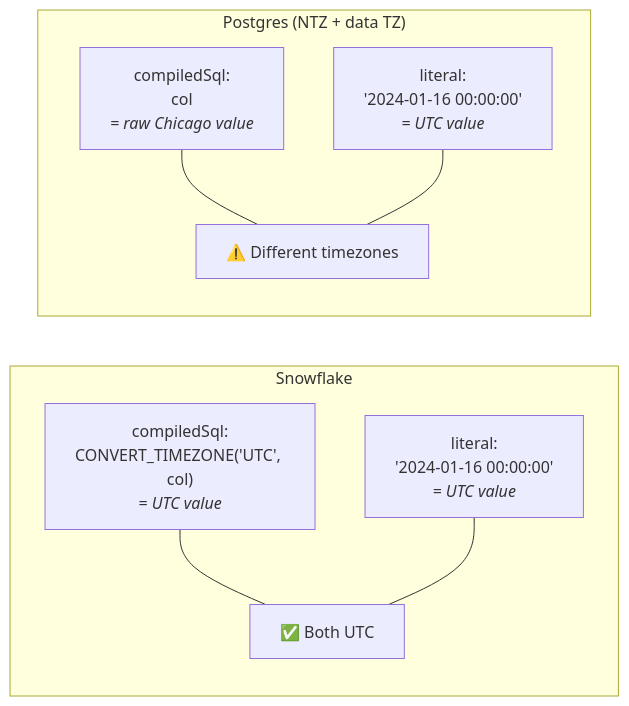
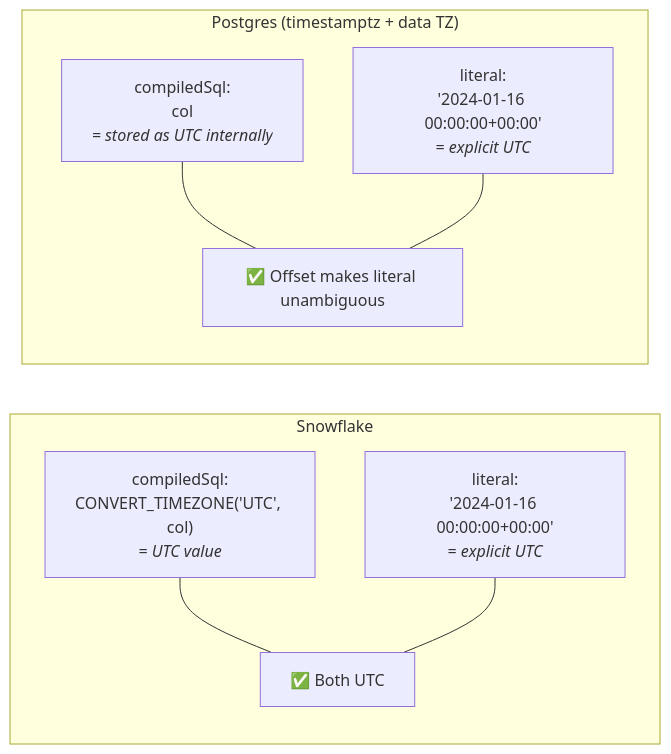
One commit to lightdash/lightdash changed the third of 4 diagrams in docs/timezone-handling.md. Above: the diagram before and after it, drawn with Mermaid. The commit also changed other lines of this file, not shown here.

````diff
--- a/docs/timezone-handling.md
+++ b/docs/timezone-handling.md
@@ -181,16 +197,16 @@
 ```mermaid
 flowchart LR
     subgraph Snowflake
         SF_COL["compiledSql:<br/>CONVERT_TIMEZONE('UTC', col)<br/><em>= UTC value</em>"]
-        SF_LIT["literal:<br/>'2024-01-16 00:00:00'<br/><em>= UTC value</em>"]
+        SF_LIT["literal:<br/>'2024-01-16 00:00:00+00:00'<br/><em>= explicit UTC</em>"]
         SF_COL --- SF_CMP["✅ Both UTC"]
         SF_LIT --- SF_CMP
     end
 
-    subgraph Postgres["Postgres (NTZ + data TZ)"]
-        PG_COL["compiledSql:<br/>col<br/><em>= raw Chicago value</em>"]
-        PG_LIT["literal:<br/>'2024-01-16 00:00:00'<br/><em>= UTC value</em>"]
-        PG_COL --- PG_CMP["⚠️ Different timezones"]
+    subgraph Postgres["Postgres (timestamptz + data TZ)"]
+        PG_COL["compiledSql:<br/>col<br/><em>= stored as UTC internally</em>"]
+        PG_LIT["literal:<br/>'2024-01-16 00:00:00+00:00'<br/><em>= explicit UTC</em>"]
+        PG_COL --- PG_CMP["✅ Offset makes literal unambiguous"]
         PG_LIT --- PG_CMP
     end
 ```
````
